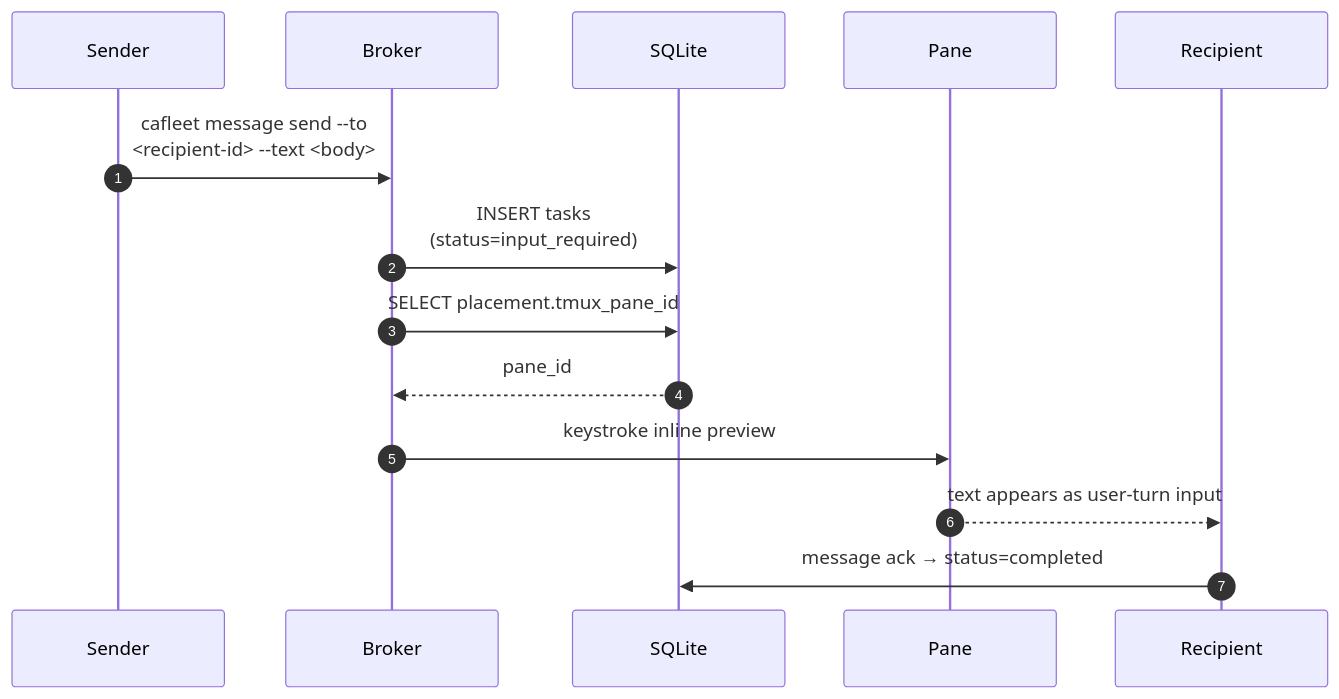
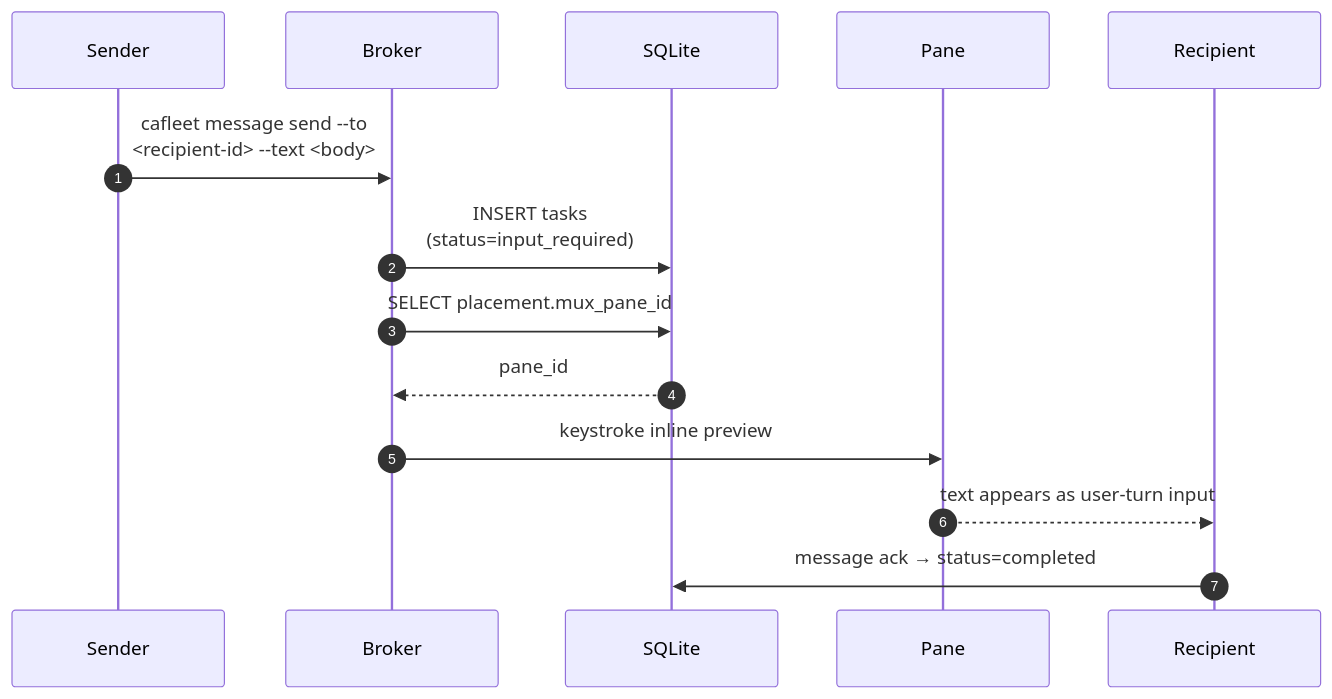
One commit to himkt/cafleet changed the diagram in docs/concepts/tmux-push.md. Above: the diagram before and after it, drawn with Mermaid. The commit also changed other lines of this file and 25 other files, not shown here.

````diff
--- a/docs/concepts/tmux-push.md
+++ b/docs/concepts/tmux-push.md
@@ -19,18 +26,18 @@
 ```mermaid
 %%{init: {'theme': 'default', 'sequence': {'actorFontSize': 18, 'messageFontSize': 16, 'noteFontSize': 16, 'wrap': true, 'width': 180}}}%%
 sequenceDiagram
     autonumber
     participant Sender
     participant Broker
     participant DB as SQLite
     participant Pane
     participant Recipient
 
     Sender->>Broker: cafleet message send --to <recipient-id> --text <body>
     Broker->>DB: INSERT tasks (status=input_required)
-    Broker->>DB: SELECT placement.tmux_pane_id
+    Broker->>DB: SELECT placement.mux_pane_id
     DB-->>Broker: pane_id
     Broker->>Pane: keystroke inline preview
     Pane-->>Recipient: text appears as user-turn input
     Recipient->>DB: message ack → status=completed
 ```
````
